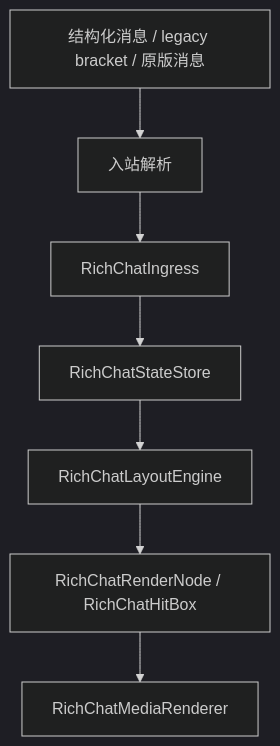
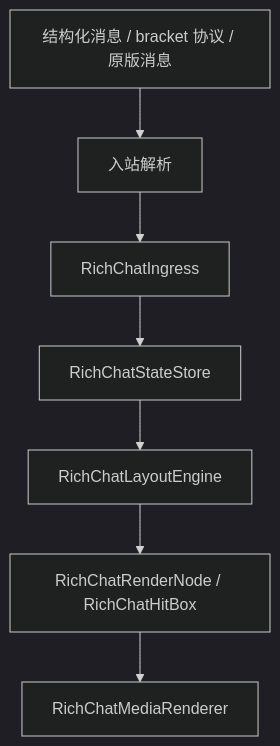
The second of 2 diagrams in docs/chat-pipeline.md (LoosePrince/chat-upgrade), drawn with Mermaid (dark theme) before and after one commit. The commit also changed other lines of this file and 23 other files, not shown here.

````diff
--- a/docs/chat-pipeline.md
+++ b/docs/chat-pipeline.md
@@ -45,9 +45,9 @@
 ```mermaid
 flowchart TD
-    A[结构化消息 / legacy bracket / 原版消息] --> B[入站解析]
+    A[结构化消息 / bracket 协议 / 原版消息] --> B[入站解析]
     B --> C[RichChatIngress]
     C --> D[RichChatStateStore]
     D --> E[RichChatLayoutEngine]
     E --> F[RichChatRenderNode / RichChatHitBox]
     F --> G[RichChatMediaRenderer]
 ```
````
